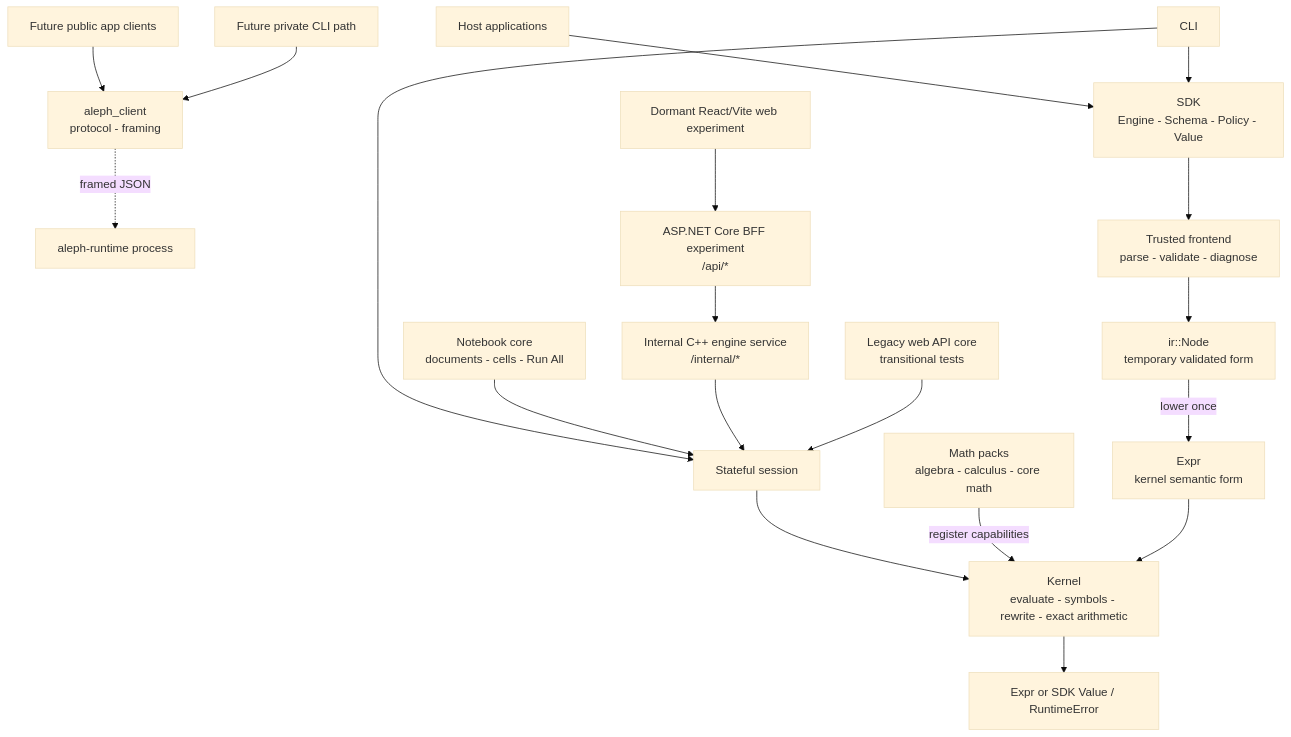
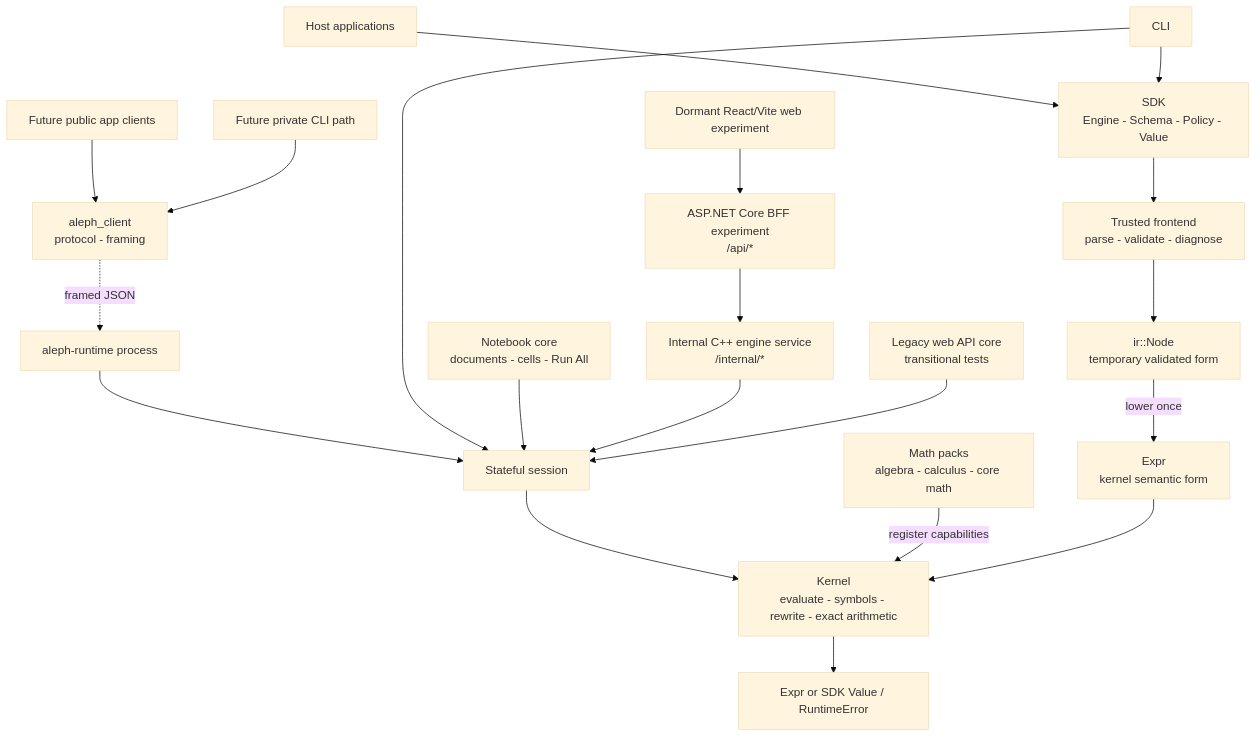
One commit to sergiorf/aleph3 changed the first of 10 diagrams in docs/architecture.md. Above: the diagram before and after it, drawn with Mermaid (base theme). The commit also changed other lines of this file and 1 other file, not shown here.

Commit message:
Update architecture doc

````diff
--- a/docs/architecture.md
+++ b/docs/architecture.md
@@ -20,21 +20,22 @@
 ```mermaid
 flowchart TB
     Host["Host applications"] --> SDK["SDK<br/>Engine - Schema - Policy - Value"]
     AppClient["Future public app clients"] --> AlephClient["aleph_client<br/>protocol - framing"]
     PrivateCLI["Future private CLI path"] --> AlephClient
     AlephClient -. framed JSON .-> RuntimeProcess["aleph-runtime process"]
+    RuntimeProcess --> Session
     CLI["CLI"] --> Session["Stateful session"]
     Notebook["Notebook core<br/>documents - cells - Run All"] --> Session
     WebFrontend["Dormant React/Vite web experiment"] --> BFF["ASP.NET Core BFF experiment<br/>/api/*"]
     BFF --> EngineSvc["Internal C++ engine service<br/>/internal/*"]
     EngineSvc --> Session
     WebApi["Legacy web API core<br/>transitional tests"] --> Session
     Session --> Kernel
     CLI --> SDK
     SDK --> Frontend["Trusted frontend<br/>parse - validate - diagnose"]
     Frontend --> IR["ir::Node<br/>temporary validated form"]
     IR -->|lower once| Expr["Expr<br/>kernel semantic form"]
     Packs["Math packs<br/>algebra - calculus - core math"] -->|register capabilities| Kernel
     Expr --> Kernel["Kernel<br/>evaluate - symbols - rewrite - exact arithmetic"]
     Kernel --> Result["Expr or SDK Value / RuntimeError"]
 ```
````
